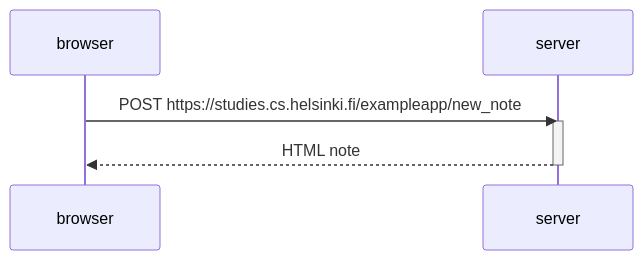
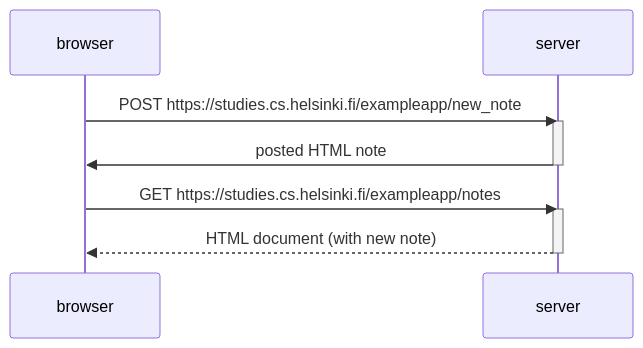
One commit to zuzacuza/fullstackcourse changed the diagram in part0/04.md. Above: the diagram before and after it, drawn with Mermaid.

Commit message:
mermaid test 05

````diff
--- a/part0/04.md
+++ b/part0/04.md
@@ -1,11 +1,15 @@
 ```mermaid
     sequenceDiagram
         participant browser
         participant server
         
        browser->>server: POST https://studies.cs.helsinki.fi/exampleapp/new_note
        activate server
-       server-->>browser: HTML note
+       server->>browser: posted HTML note
        deactivate server
-        
+
+       browser->>server: GET https://studies.cs.helsinki.fi/exampleapp/notes
+       activate server
+       server-->>browser: HTML document (with new note)
+       deactivate server 
 ```
````
